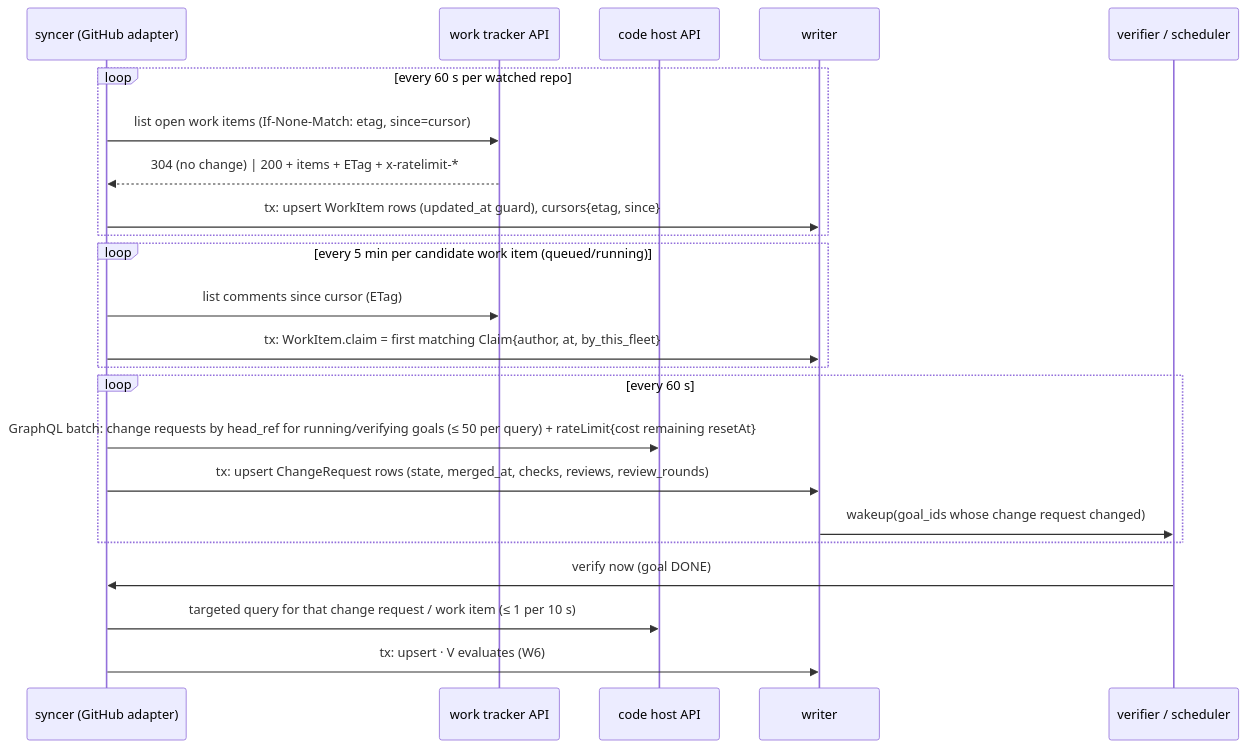
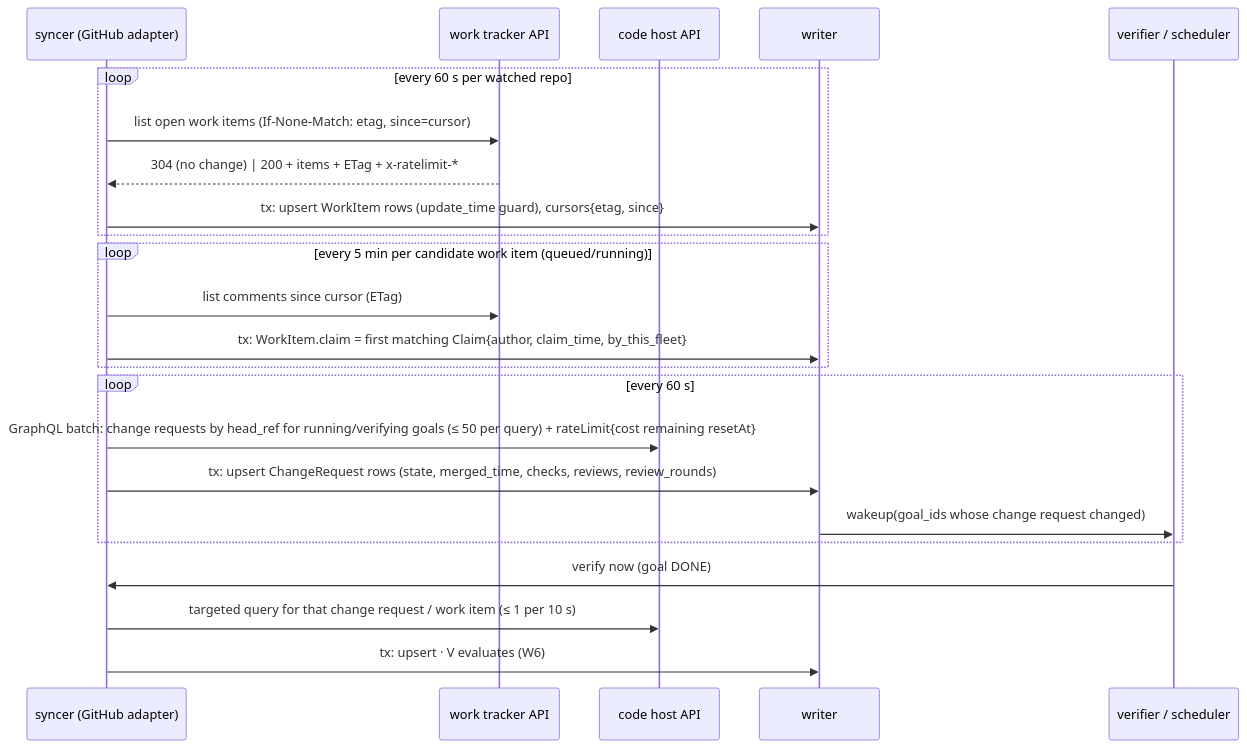
Before and after one commit to linuxdynasty/fleet-board: the third of 4 diagrams in docs/specs/03b-usage-and-sync.md, drawn with Mermaid. The commit also changed other lines of this file and 52 other files, not shown here.

````diff
--- a/docs/specs/03b-usage-and-sync.md
+++ b/docs/specs/03b-usage-and-sync.md
@@ -210,25 +210,25 @@
 ```mermaid
 sequenceDiagram
   participant G as syncer (GitHub adapter)
   participant T as work tracker API
   participant C as code host API
   participant W as writer
   participant V as verifier / scheduler
   loop every 60 s per watched repo
     G->>T: list open work items (If-None-Match: etag, since=cursor)
     T-->>G: 304 (no change) | 200 + items + ETag + x-ratelimit-*
-    G->>W: tx: upsert WorkItem rows (updated_at guard), cursors{etag, since}
+    G->>W: tx: upsert WorkItem rows (update_time guard), cursors{etag, since}
   end
   loop every 5 min per candidate work item (queued/running)
     G->>T: list comments since cursor (ETag)
-    G->>W: tx: WorkItem.claim = first matching Claim{author, at, by_this_fleet}
+    G->>W: tx: WorkItem.claim = first matching Claim{author, claim_time, by_this_fleet}
   end
   loop every 60 s
     G->>C: GraphQL batch: change requests by head_ref for running/verifying goals (≤ 50 per query) + rateLimit{cost remaining resetAt}
-    G->>W: tx: upsert ChangeRequest rows (state, merged_at, checks, reviews, review_rounds)
+    G->>W: tx: upsert ChangeRequest rows (state, merged_time, checks, reviews, review_rounds)
     W->>V: wakeup(goal_ids whose change request changed)
   end
   V->>G: verify now (goal DONE)
   G->>C: targeted query for that change request / work item (≤ 1 per 10 s)
   G->>W: tx: upsert · V evaluates (W6)
 ```
````
